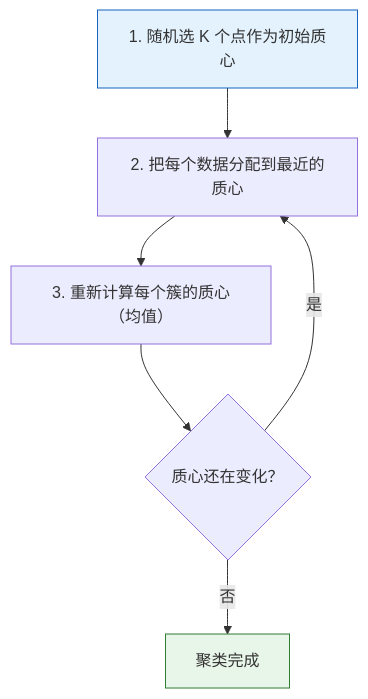
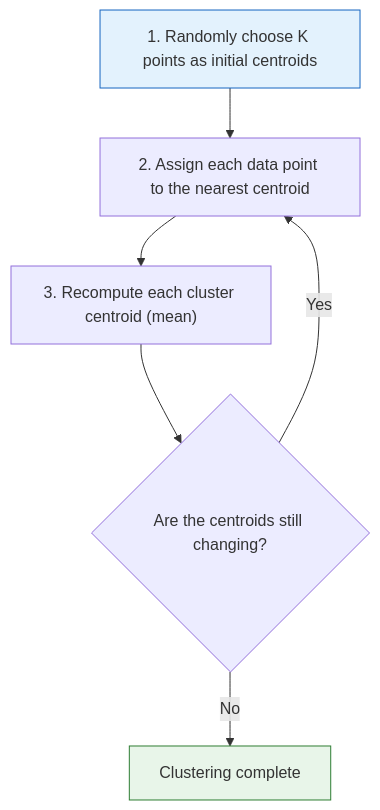
Before and after one commit to oudbiao/AI-fullstack-course: the second of 3 diagrams in docs/ch05-machine-learning/ch03-unsupervised/01-clustering.md, drawn with Mermaid. The commit also changed other lines of this file and 1406 other files, not shown here.

````diff
--- a/docs/ch05-machine-learning/ch03-unsupervised/01-clustering.md
+++ b/docs/ch05-machine-learning/ch03-unsupervised/01-clustering.md
@@ -148,11 +147,11 @@
 ```mermaid
 flowchart TD
-    A["1. 随机选 K 个点作为初始质心"] --> B["2. 把每个数据分配到最近的质心"]
-    B --> C["3. 重新计算每个簇的质心（均值）"]
-    C --> D{"质心还在变化？"}
-    D -->|"是"| B
-    D -->|"否"| E["聚类完成"]
+    A["1. Randomly choose K points as initial centroids"] --> B["2. Assign each data point to the nearest centroid"]
+    B --> C["3. Recompute each cluster centroid (mean)"]
+    C --> D{"Are the centroids still changing?"}
+    D -->|"Yes"| B
+    D -->|"No"| E["Clustering complete"]
 
     style A fill:#e3f2fd,stroke:#1565c0,color:#333
     style E fill:#e8f5e9,stroke:#2e7d32,color:#333
 ```
````
